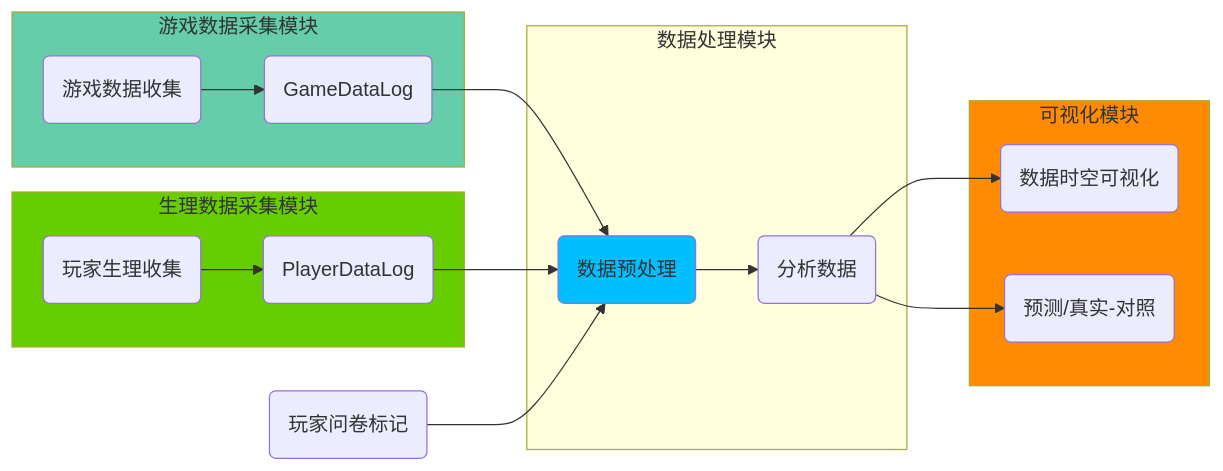
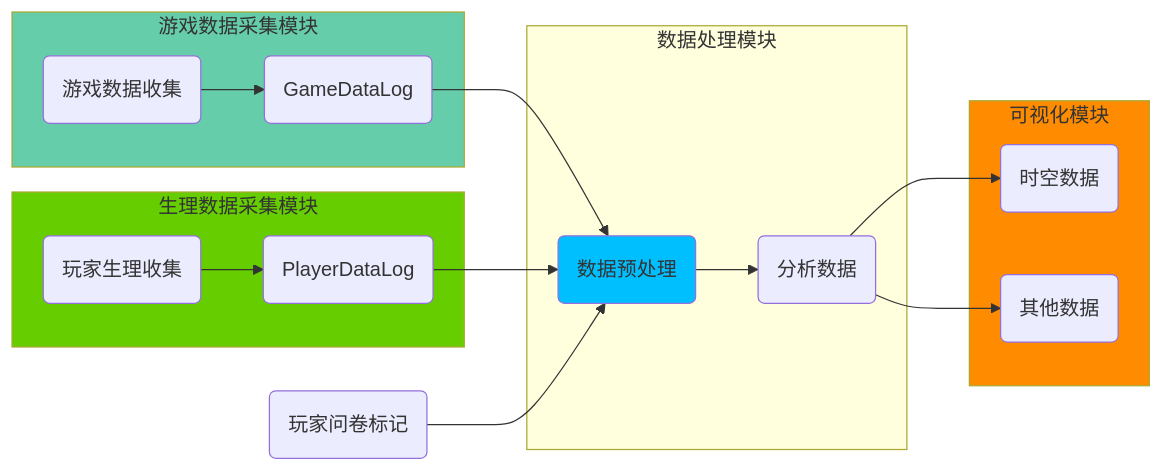
The first of 2 diagrams in ECG_review/中期论文提纲_12_1.md (888fff/bunkergames), drawn with Mermaid before and after one commit. The commit also changed other lines of this file and 1 other file, not shown here.

````diff
--- a/ECG_review/中期论文提纲_12_1.md
+++ b/ECG_review/中期论文提纲_12_1.md
@@ -168,24 +168,23 @@
 ```mermaid
 graph LR
 style pre fill:#00BFFF
 style 生理数据采集模块 fill:#66CD00
 style 游戏数据采集模块 fill:#66CDaa
 style 可视化模块 fill:#FF8C00
 subgraph 游戏数据采集模块
 game(游戏数据收集) --> file_1(GameDataLog)
 end
 subgraph 生理数据采集模块
 player(玩家生理收集) --> file_2(PlayerDataLog)
 end
 subgraph 数据处理模块
 	file_1 -->	pre(数据预处理)
 	file_2 -->	pre
 	pre --> analyse(分析数据)
 end 
 flag(玩家问卷标记)--> pre
 subgraph 可视化模块
-analyse --> package(数据时空可视化)
-analyse --> op(预测/真实-对照)
+analyse --> package(时空数据)
+analyse --> op(其他数据)
 end
-
 ```
````
